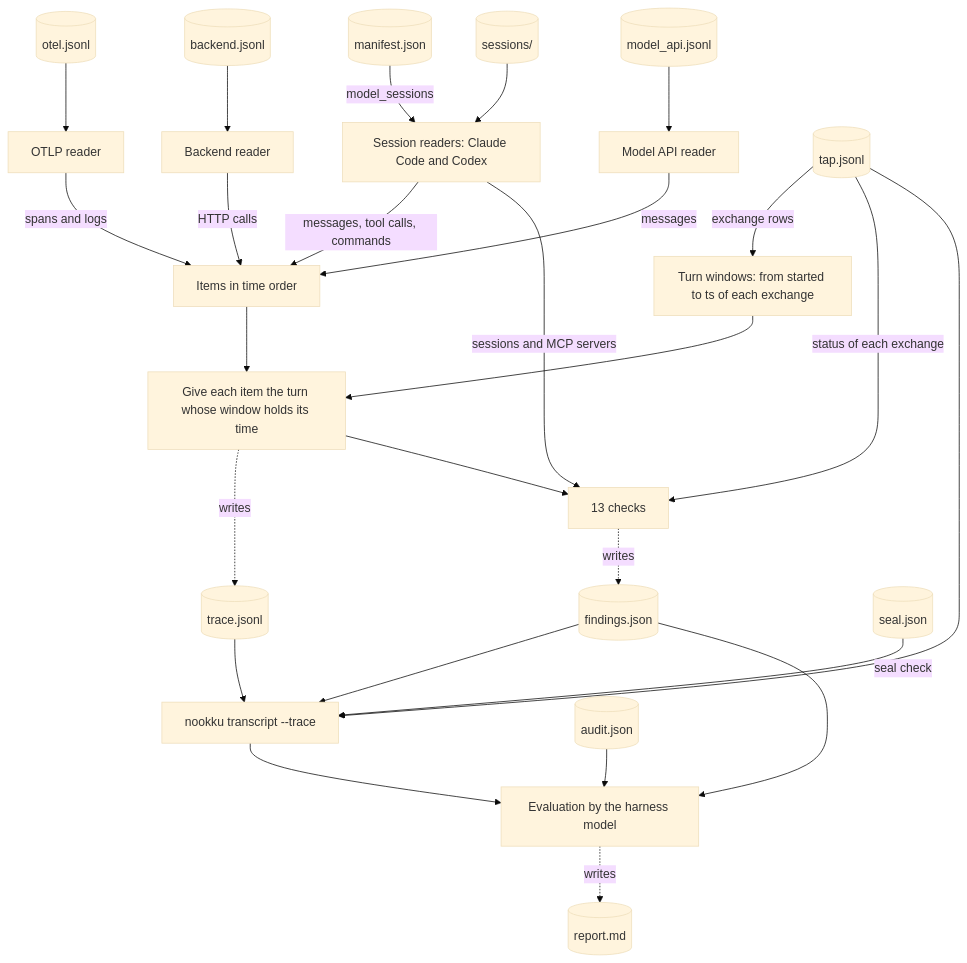
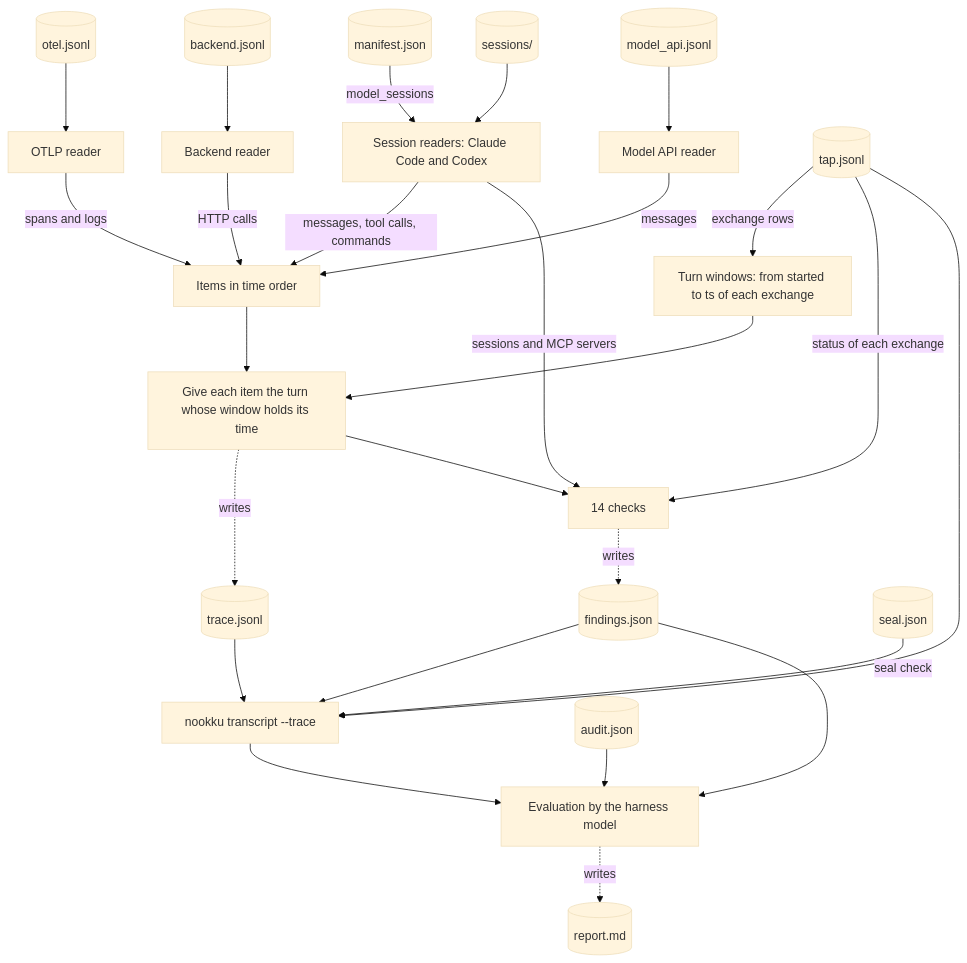
One commit to mohanraj00/nookku changed the fourth of 4 diagrams in docs/architecture.md. Above: the diagram before and after it, drawn with Mermaid (base theme). The commit also changed other lines of this file and 56 other files, not shown here.

````diff
--- a/docs/architecture.md
+++ b/docs/architecture.md
@@ -207,28 +207,28 @@
 ```mermaid
 flowchart TB
     manifestrec[(manifest.json)] -->|model_sessions| sreaders[Session readers: Claude Code and Codex]
     sessions[(sessions/)] --> sreaders
     otelrec[(otel.jsonl)] --> oreader[OTLP reader]
     backendrec[(backend.jsonl)] --> breader[Backend reader]
     modelrec[(model_api.jsonl)] --> mreader[Model API reader]
     sreaders -->|messages, tool calls, commands| items[Items in time order]
     oreader -->|spans and logs| items
     breader -->|HTTP calls| items
     mreader -->|messages| items
     taprec[(tap.jsonl)] -->|exchange rows| windows[Turn windows: from started to ts of each exchange]
     items --> assign[Give each item the turn whose window holds its time]
     windows --> assign
     assign -.->|writes| tracerec[(trace.jsonl)]
-    assign --> checks[13 checks]
+    assign --> checks[14 checks]
     sreaders -->|sessions and MCP servers| checks
     taprec -->|status of each exchange| checks
     checks -.->|writes| findingsrec[(findings.json)]
     taprec --> transcript[nookku transcript --trace]
     tracerec --> transcript
     findingsrec --> transcript
     sealrec[(seal.json)] -->|seal check| transcript
     transcript --> eval[Evaluation by the harness model]
     findingsrec --> eval
     auditrec[(audit.json)] --> eval
     eval -.->|writes| report[(report.md)]
 ```
````
